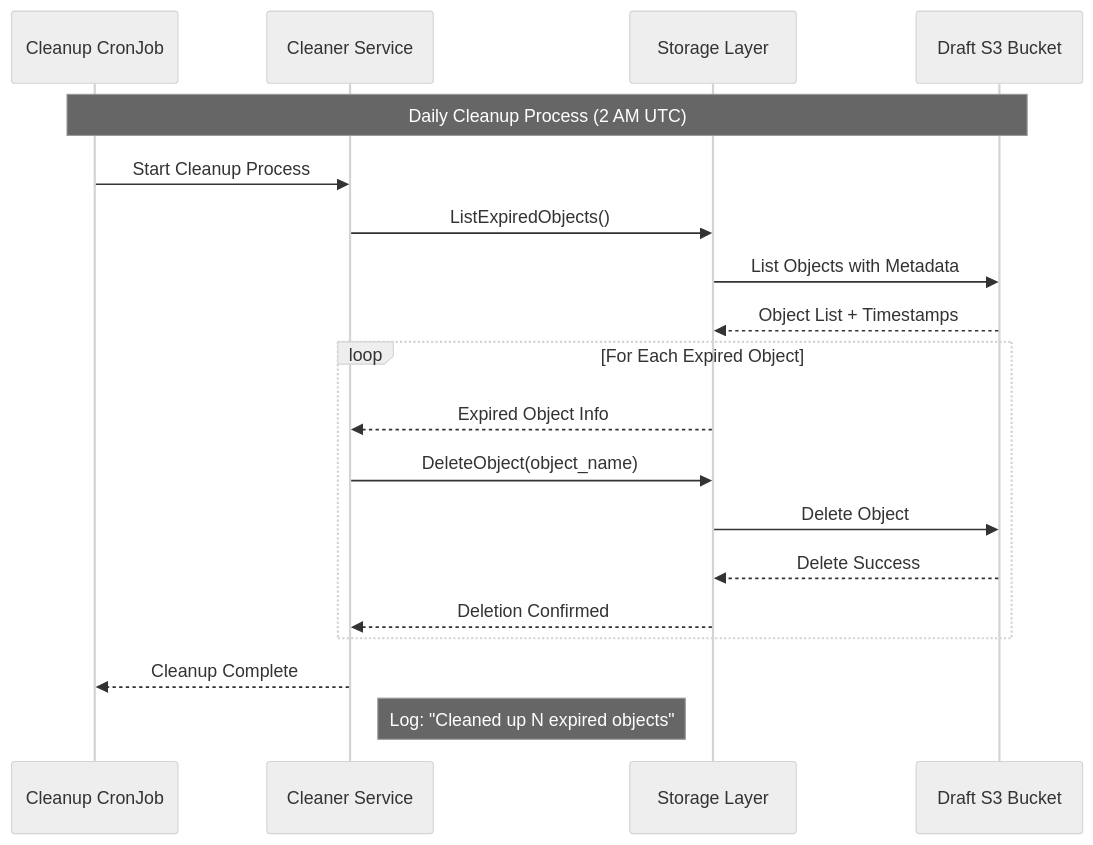
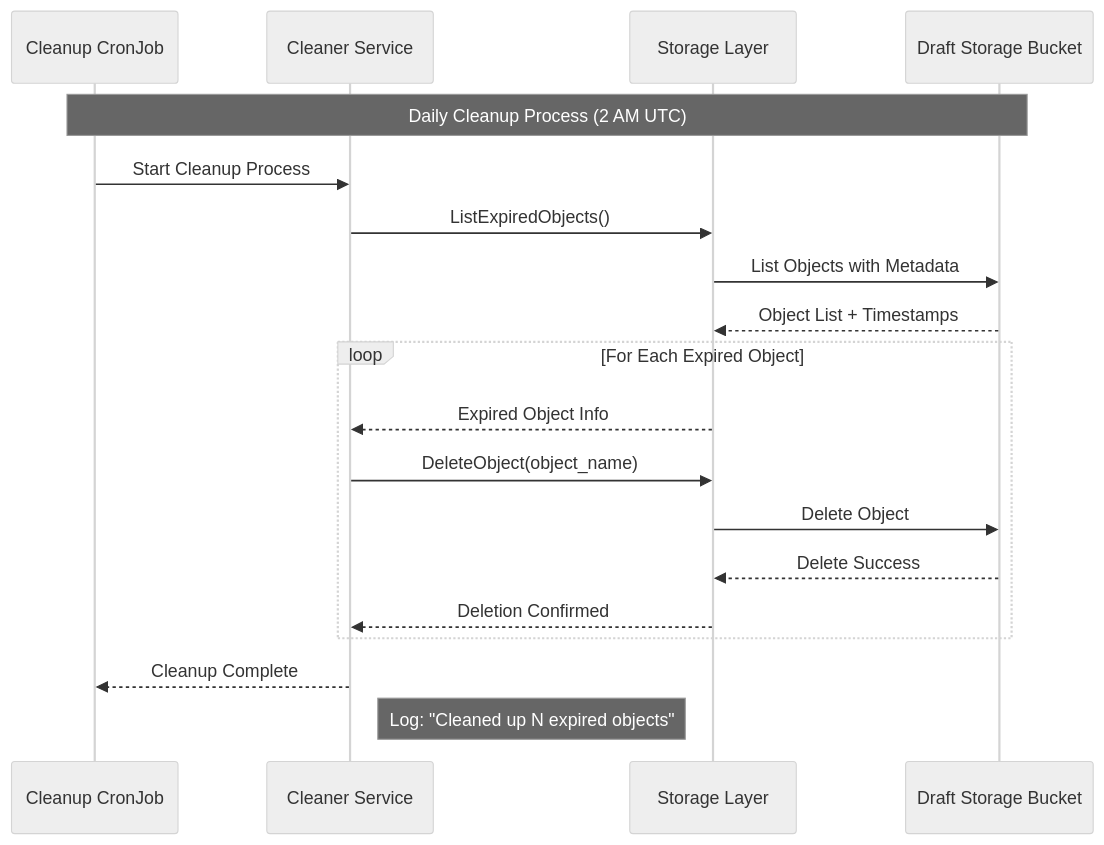
Before and after one commit to snowmerak/DraftStore: the fifth of 7 diagrams in README.md, drawn with Mermaid (neutral theme). The commit also changed other lines of this file and 2 other files, not shown here.

Commit message:
feat(config): add MinIO support and refactor storage client configuration

````diff
--- a/README.md
+++ b/README.md
@@ -213,25 +218,25 @@
 ```mermaid
 sequenceDiagram
     participant CronJob as Cleanup CronJob
     participant CleanerService as Cleaner Service
     participant StorageLayer as Storage Layer
-    participant DraftBucket as Draft S3 Bucket
+    participant DraftBucket as Draft Storage Bucket
     
     Note over CronJob, DraftBucket: Daily Cleanup Process (2 AM UTC)
     
     CronJob->>CleanerService: Start Cleanup Process
     CleanerService->>StorageLayer: ListExpiredObjects()
     StorageLayer->>DraftBucket: List Objects with Metadata
     DraftBucket-->>StorageLayer: Object List + Timestamps
     
     loop For Each Expired Object
         StorageLayer-->>CleanerService: Expired Object Info
         CleanerService->>StorageLayer: DeleteObject(object_name)
         StorageLayer->>DraftBucket: Delete Object
         DraftBucket-->>StorageLayer: Delete Success
         StorageLayer-->>CleanerService: Deletion Confirmed
     end
     
     CleanerService-->>CronJob: Cleanup Complete
     Note right of CleanerService: Log: "Cleaned up N expired objects"
 ```
````
